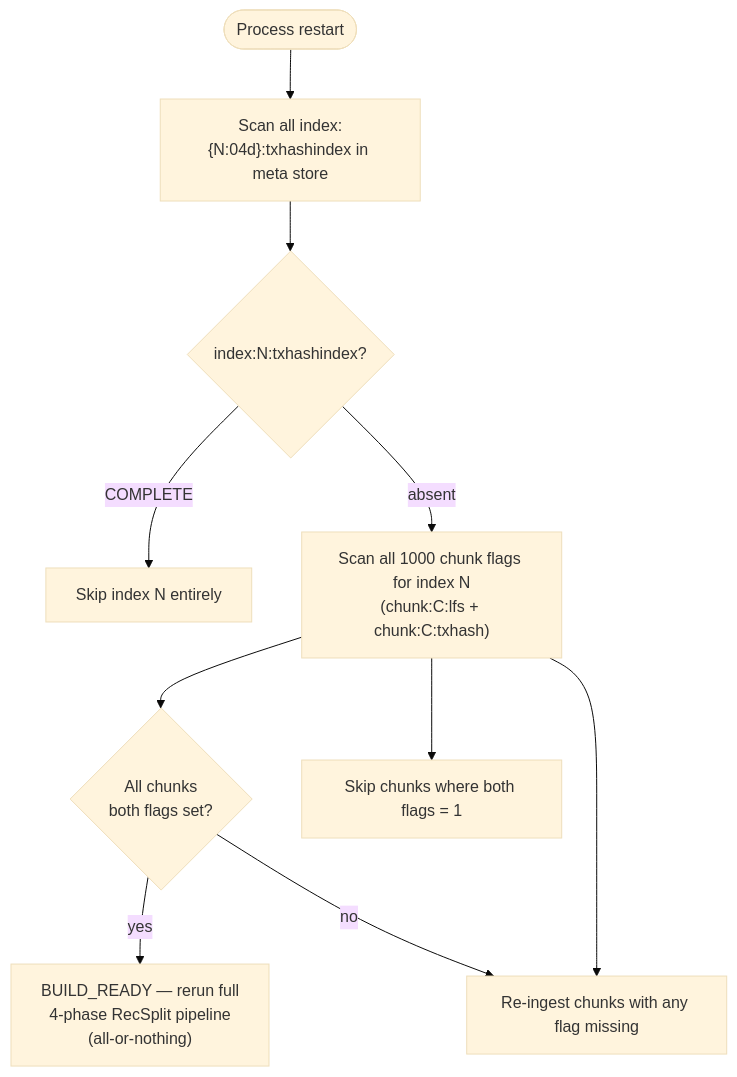
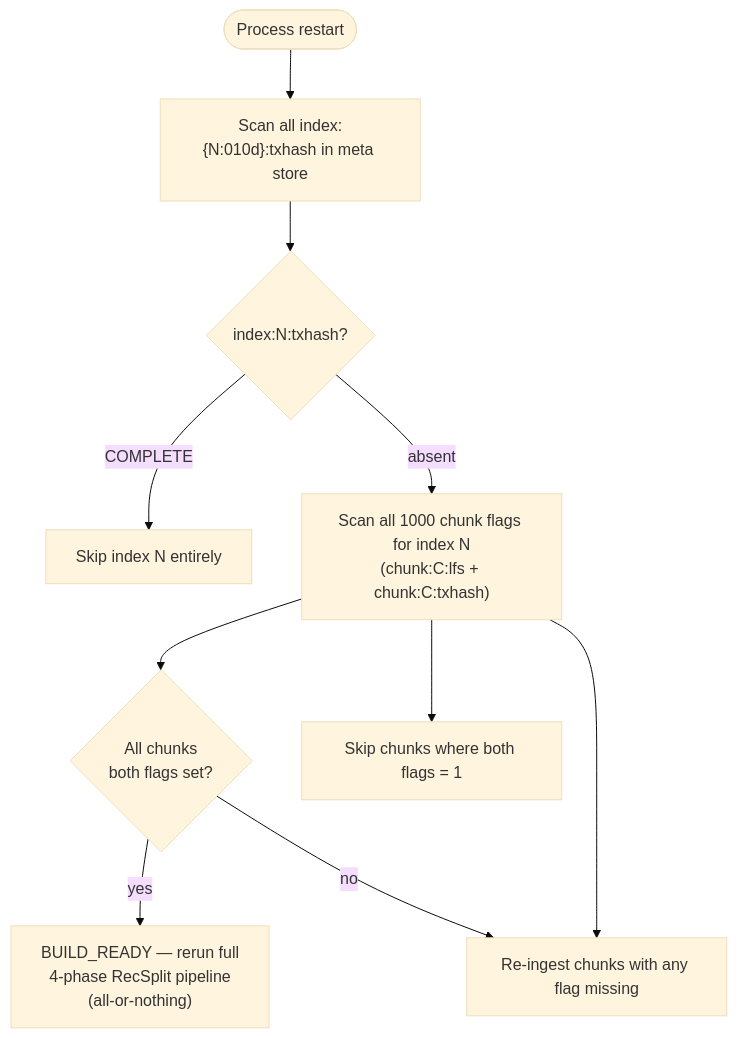
Before and after one commit to stellar/stellar-rpc: diagram 11 of 12 in full-history/design-docs/01-architecture-overview.md, drawn with Mermaid (base theme). The commit also changed other lines of this file and 34 other files, not shown here.

Commit message:
refactor: align with PR #617 review — index:%010d:txhash key, chunks_per_txhash_index config

````diff
--- a/full-history/design-docs/01-architecture-overview.md
+++ b/full-history/design-docs/01-architecture-overview.md
@@ -313,12 +313,12 @@
 ```mermaid
 flowchart TD
-    START(["Process restart"]) --> SCAN_RANGES["Scan all index:{N:04d}:txhashindex in meta store"]
-    SCAN_RANGES --> CHECK_RANGE{index:N:txhashindex?}
+    START(["Process restart"]) --> SCAN_RANGES["Scan all index:{N:010d}:txhash in meta store"]
+    SCAN_RANGES --> CHECK_RANGE{index:N:txhash?}
     CHECK_RANGE -->|COMPLETE| SKIP_RANGE["Skip index N entirely"]
     CHECK_RANGE -->|absent| SCAN_CHUNKS["Scan all 1000 chunk flags for index N\n(chunk:C:lfs + chunk:C:txhash)"]
     SCAN_CHUNKS --> ALL_DONE{All chunks\nboth flags set?}
     ALL_DONE -->|yes| RESUME_RS["BUILD_READY — rerun full\n4-phase RecSplit pipeline\n(all-or-nothing)"]
     ALL_DONE -->|no| REDO
     SCAN_CHUNKS --> SKIP_DONE["Skip chunks where both flags = 1"]
     SCAN_CHUNKS --> REDO["Re-ingest chunks with any flag missing"]
 ```
````
